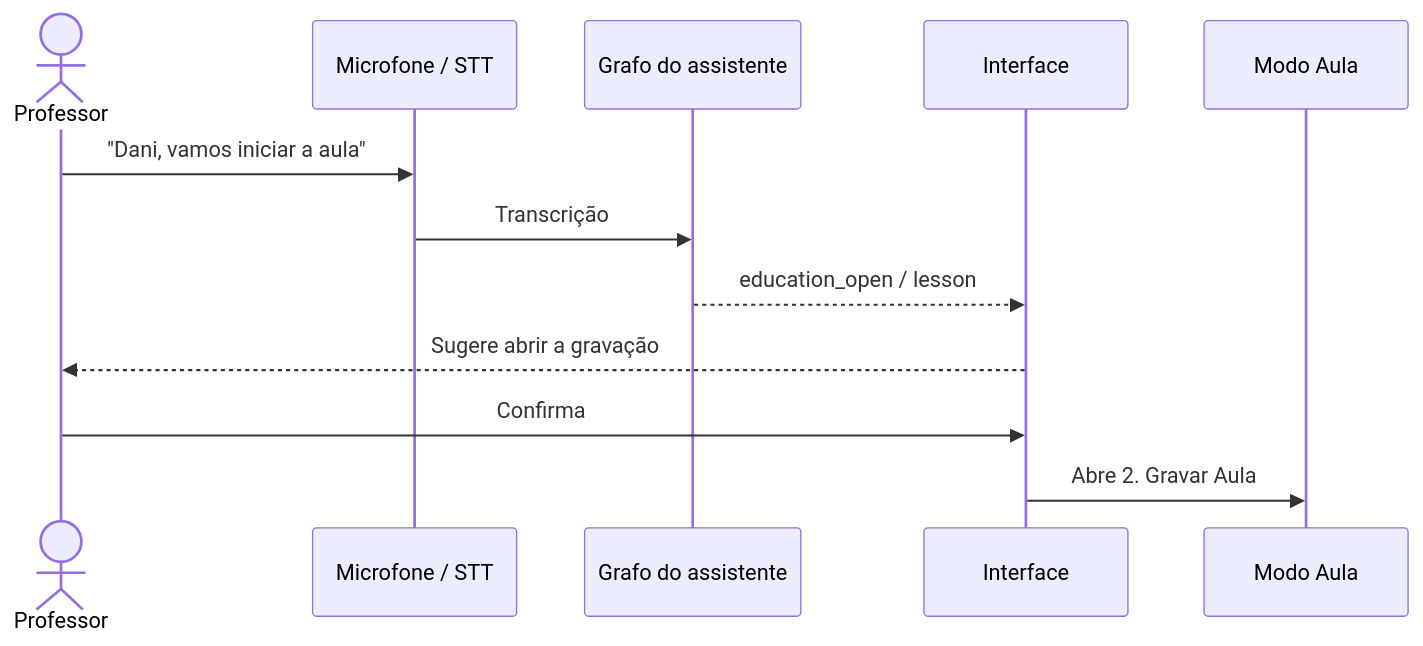
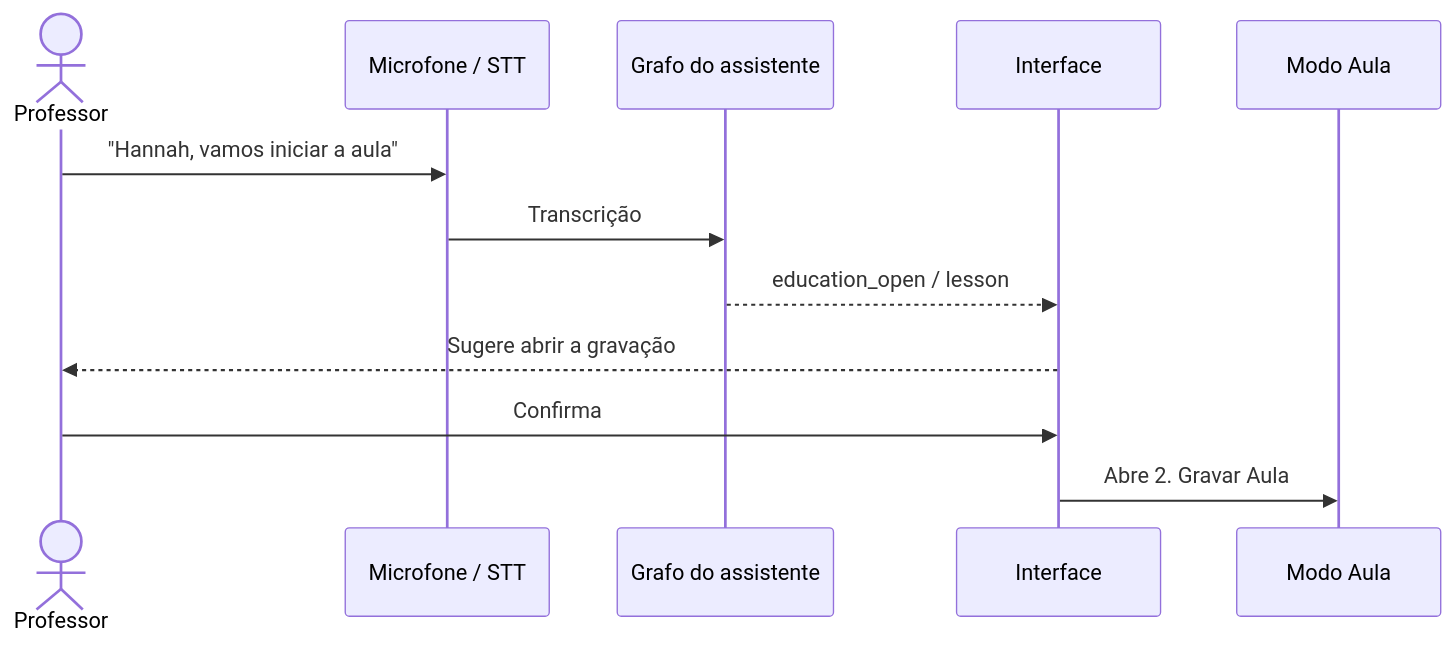
One commit to m4n1nh0/assistant_app changed the diagram in docs/MODO_EDUCACAO.md. Above: the diagram before and after it, drawn with Mermaid. The commit also changed other lines of this file and 16 other files, not shown here.

````diff
--- a/docs/MODO_EDUCACAO.md
+++ b/docs/MODO_EDUCACAO.md
@@ -75,15 +75,15 @@
 ```mermaid
 sequenceDiagram
     actor P as Professor
     participant V as Microfone / STT
     participant G as Grafo do assistente
     participant UI as Interface
     participant E as Modo Aula
 
-    P->>V: "Dani, vamos iniciar a aula"
+    P->>V: "Hannah, vamos iniciar a aula"
     V->>G: Transcrição
     G-->>UI: education_open / lesson
     UI-->>P: Sugere abrir a gravação
     P->>UI: Confirma
     UI->>E: Abre 2. Gravar Aula
 ```
````
